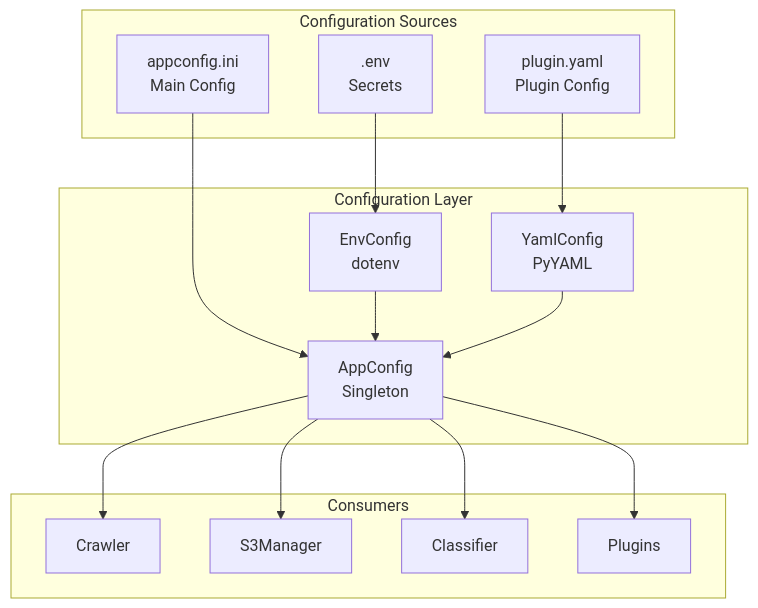
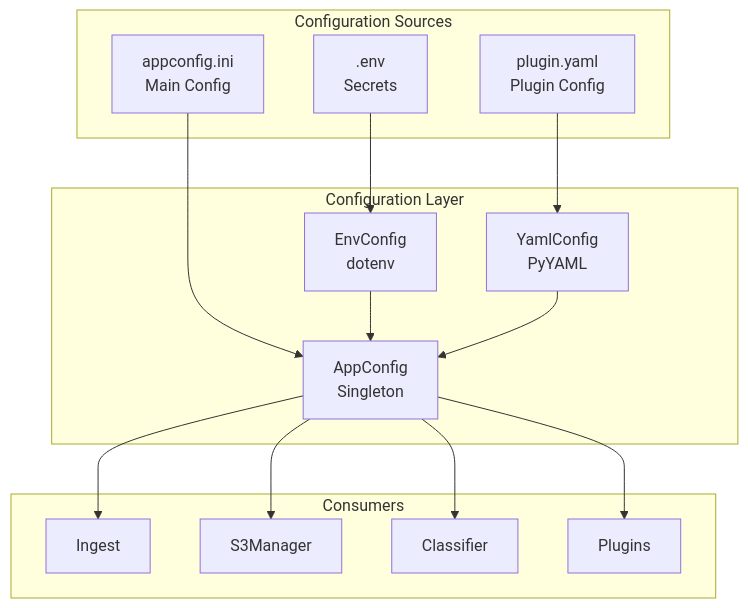
One commit to bsamud/data-harvester changed the ninth of 12 diagrams in docs/ARCHITECTURE.md. Above: the diagram before and after it, drawn with Mermaid. The commit also changed other lines of this file and 1 other file, not shown here.

````diff
--- a/docs/ARCHITECTURE.md
+++ b/docs/ARCHITECTURE.md
@@ -346,33 +346,33 @@
 ```mermaid
 graph TB
     subgraph "Configuration Sources"
         INI[appconfig.ini<br/>Main Config]
         ENV[.env<br/>Secrets]
         YAML[plugin.yaml<br/>Plugin Config]
     end
 
     subgraph "Configuration Layer"
         APP_CFG[AppConfig<br/>Singleton]
         ENV_CFG[EnvConfig<br/>dotenv]
         YAML_CFG[YamlConfig<br/>PyYAML]
     end
 
     subgraph "Consumers"
-        CRAWLER[Crawler]
+        INGEST[Ingest]
         S3[S3Manager]
         CLASSIFIER[Classifier]
         PLUGINS[Plugins]
     end
 
     INI --> APP_CFG
     ENV --> ENV_CFG
     YAML --> YAML_CFG
 
     ENV_CFG --> APP_CFG
     YAML_CFG --> APP_CFG
 
-    APP_CFG --> CRAWLER
+    APP_CFG --> INGEST
     APP_CFG --> S3
     APP_CFG --> CLASSIFIER
     APP_CFG --> PLUGINS
 ```
````
